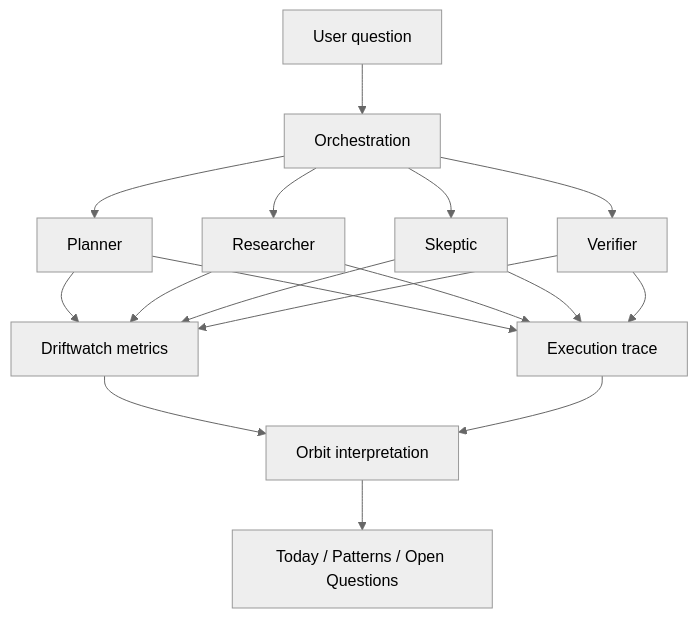
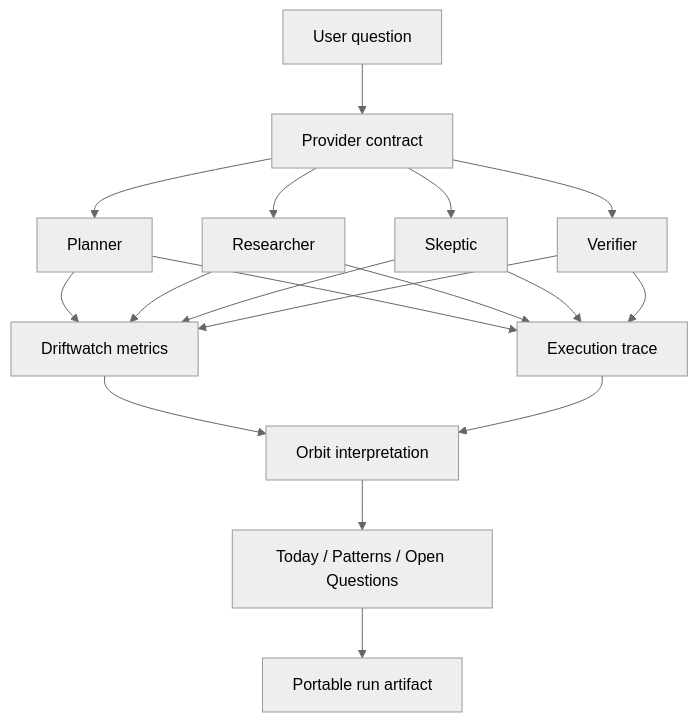
One commit to ndrorchestration/Orbit-Driftwatch changed the diagram in ARCHITECTURE.md. Above: the diagram before and after it, drawn with Mermaid (neutral theme). The commit also changed other lines of this file and 12 other files, not shown here.

First line of the commit message:
Add provider contract and deterministic run artifacts

````diff
--- a/ARCHITECTURE.md
+++ b/ARCHITECTURE.md
@@ -5,19 +5,20 @@
 ```mermaid
 flowchart TD
-    U[User question] --> O[Orchestration]
-    O --> P[Planner]
-    O --> R[Researcher]
-    O --> S[Skeptic]
-    O --> V[Verifier]
+    U[User question] --> PB[Provider contract]
+    PB --> P[Planner]
+    PB --> R[Researcher]
+    PB --> S[Skeptic]
+    PB --> V[Verifier]
     P --> T[Execution trace]
     R --> T
     S --> T
     V --> T
     P --> D[Driftwatch metrics]
     R --> D
     S --> D
     V --> D
     D --> I[Orbit interpretation]
     T --> I
     I --> UI[Today / Patterns / Open Questions]
+    UI --> A[Portable run artifact]
 ```
````
